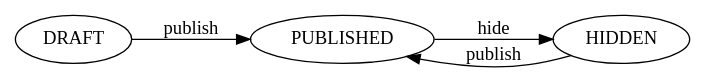
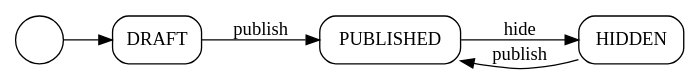
One commit to mtzmontiel/simple-concise changed the diagram in assets/dot/su-baui-catalogue-status.dot. Above: the diagram before and after it, drawn with Graphviz. The commit also changed 3 other files, not shown here.

```diff
--- a/assets/dot/su-baui-catalogue-status.dot
+++ b/assets/dot/su-baui-catalogue-status.dot
@@ -1,9 +1,12 @@
 digraph  catalogueStatus { 
-    rankdir=LR
+    rankdir=LR;
+    node [shape="Mrecord"];
     DRAFT;
     PUBLISHED;
     HIDDEN;
+    i [label="" shape=circle bgcolor=black color=black]
+    i -> DRAFT;
     DRAFT -> PUBLISHED [label="publish"];
     PUBLISHED -> HIDDEN [label="hide"];
     HIDDEN -> PUBLISHED [label="publish"];
 }
```
